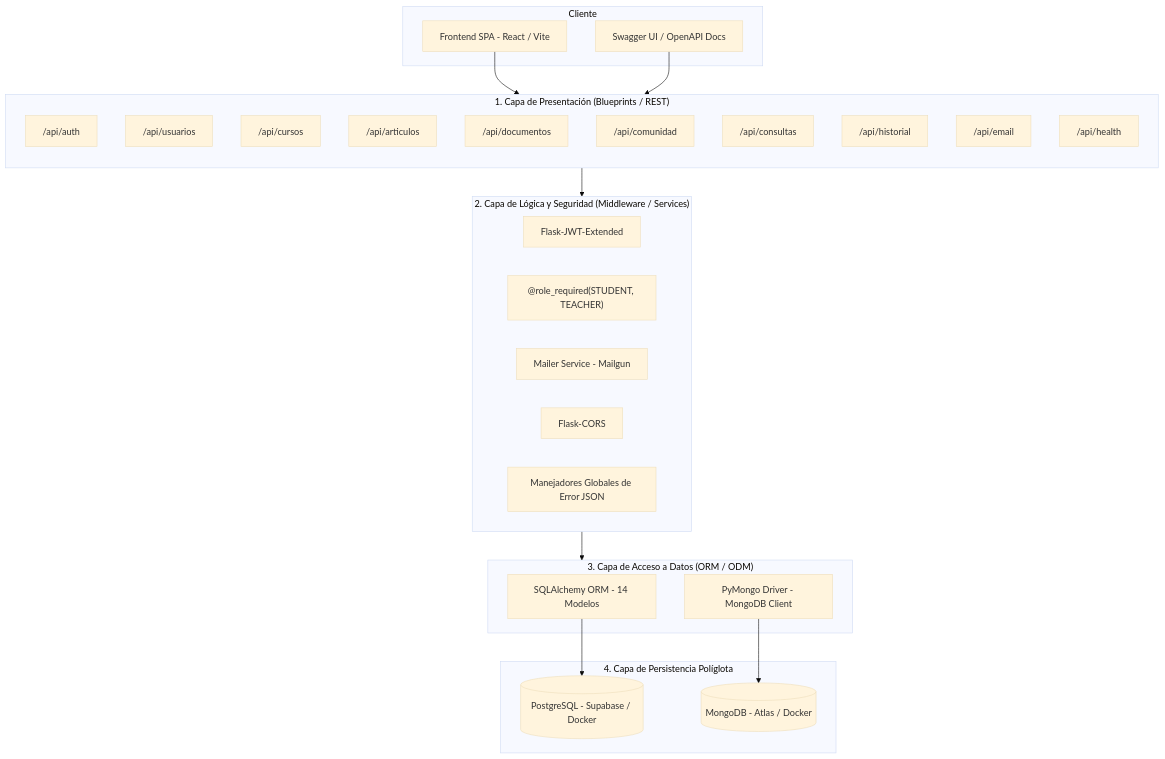
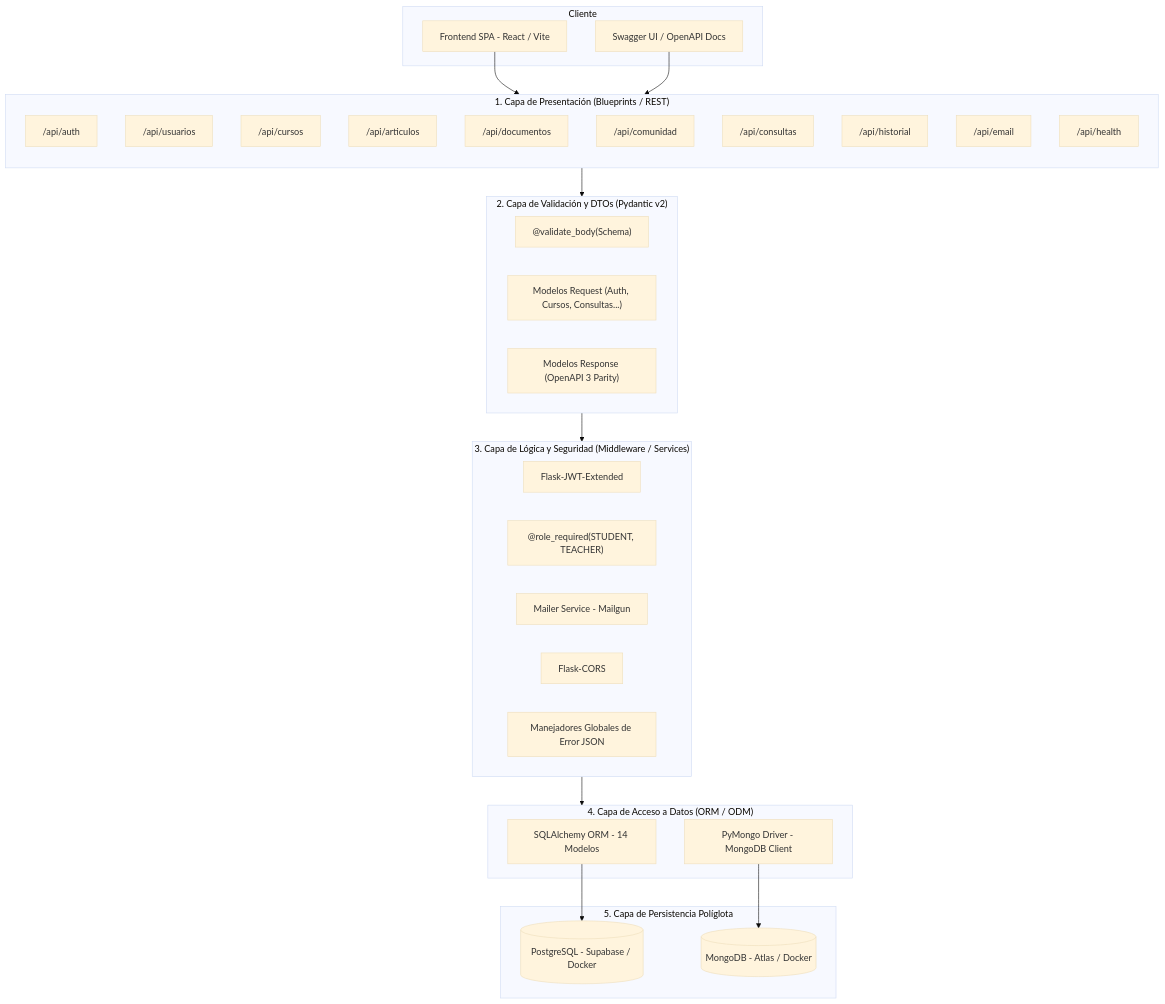
One commit to Steven08Ar/Clerkship changed the first of 3 diagrams in backend/ARQUITECTURA_BACKEND.md. Above: the diagram before and after it, drawn with Mermaid (base theme). The commit also changed other lines of this file and 14 other files, not shown here.

Commit message:
Implementación modelos request/response

````diff
--- a/backend/ARQUITECTURA_BACKEND.md
+++ b/backend/ARQUITECTURA_BACKEND.md
@@ -23,46 +23,53 @@
 ```mermaid
 graph TD
     subgraph Cliente
         FE[Frontend SPA - React / Vite]
         SW[Swagger UI / OpenAPI Docs]
     end
 
     subgraph Capa_Presentacion ["1. Capa de Presentación (Blueprints / REST)"]
         direction TB
         AUTH["/api/auth"]
         USR["/api/usuarios"]
         CUR["/api/cursos"]
         ART["/api/articulos"]
         DOC["/api/documentos"]
         COM["/api/comunidad"]
         SIM["/api/consultas"]
         HIS["/api/historial"]
         EML["/api/email"]
         HLT["/api/health"]
     end
 
-    subgraph Capa_Logica ["2. Capa de Lógica y Seguridad (Middleware / Services)"]
+    subgraph Capa_Validacion ["2. Capa de Validación y DTOs (Pydantic v2)"]
+        VAL_DEC["@validate_body(Schema)"]
+        REQ_MOD["Modelos Request (Auth, Cursos, Consultas...)"]
+        RES_MOD["Modelos Response (OpenAPI 3 Parity)"]
+    end
+
+    subgraph Capa_Logica ["3. Capa de Lógica y Seguridad (Middleware / Services)"]
         JWT_MNG[Flask-JWT-Extended]
         RBAC["@role_required(STUDENT, TEACHER)"]
         MAILER[Mailer Service - Mailgun]
         CORS_MNG[Flask-CORS]
         ERR_HND[Manejadores Globales de Error JSON]
     end
 
-    subgraph Capa_Datos ["3. Capa de Acceso a Datos (ORM / ODM)"]
+    subgraph Capa_Datos ["4. Capa de Acceso a Datos (ORM / ODM)"]
         ORM[SQLAlchemy ORM - 14 Modelos]
         ODM[PyMongo Driver - MongoDB Client]
     end
 
-    subgraph Capa_Persistencia ["4. Capa de Persistencia Políglota"]
+    subgraph Capa_Persistencia ["5. Capa de Persistencia Políglota"]
         PG[(PostgreSQL - Supabase / Docker)]
         MG[(MongoDB - Atlas / Docker)]
     end
 
     FE --> Capa_Presentacion
     SW --> Capa_Presentacion
-    Capa_Presentacion --> Capa_Logica
+    Capa_Presentacion --> Capa_Validacion
+    Capa_Validacion --> Capa_Logica
     Capa_Logica --> Capa_Datos
     ORM --> PG
     ODM --> MG
 ```
````
